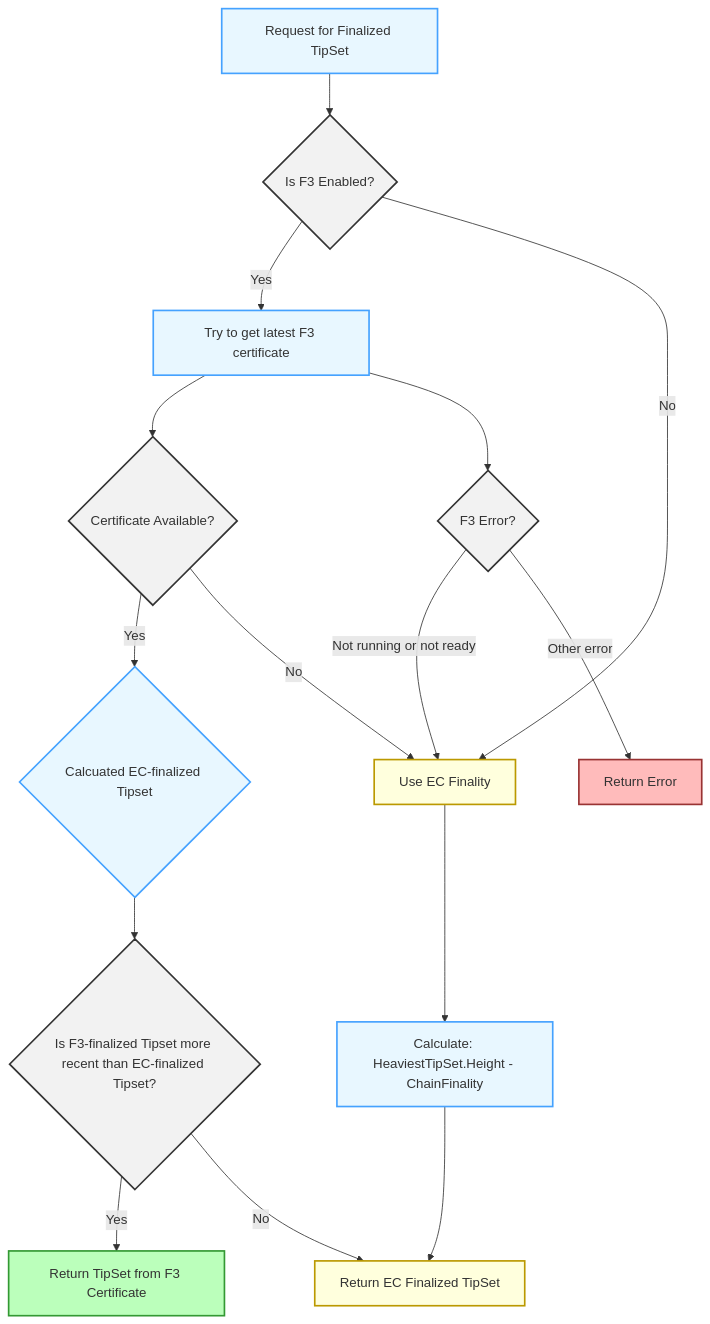
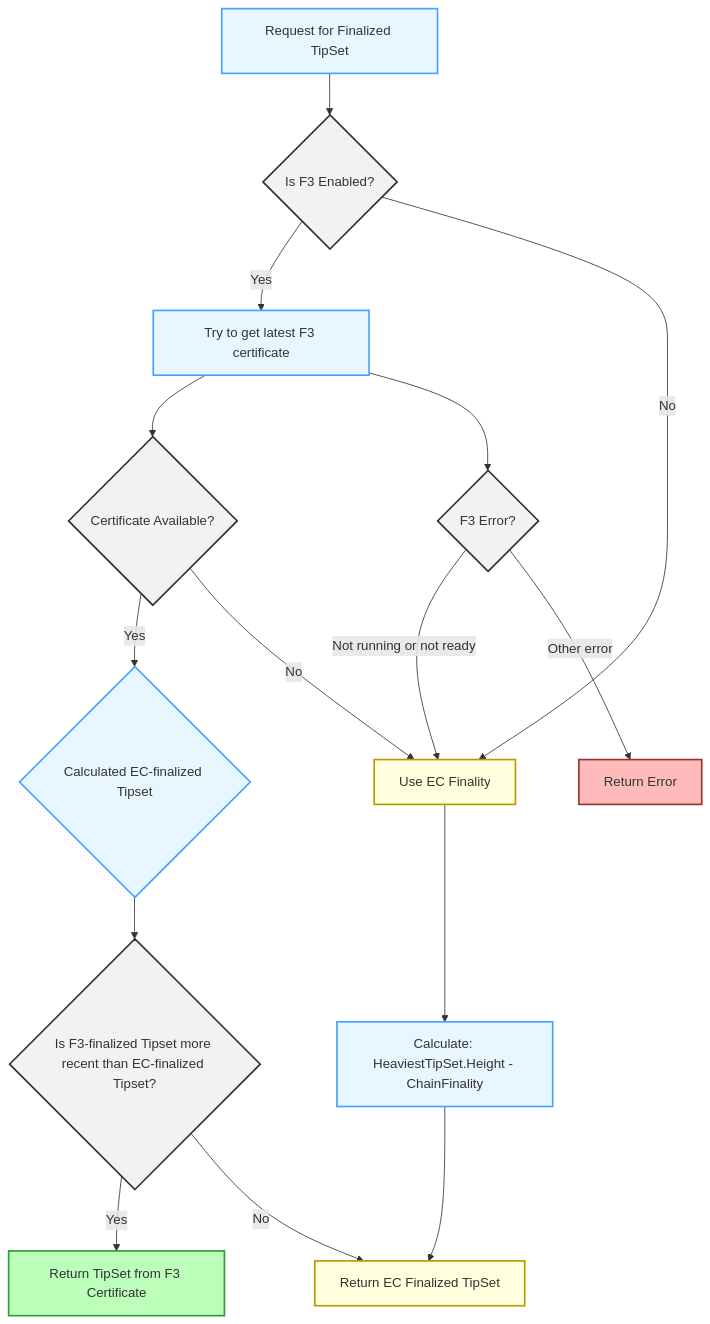
One commit to filecoin-project/lotus changed the diagram in documentation/en/api-experimental-user-facing-v2-docs/api-v2-experimental.md. Above: the diagram before and after it, drawn with Mermaid.

````diff
--- a/documentation/en/api-experimental-user-facing-v2-docs/api-v2-experimental.md
+++ b/documentation/en/api-experimental-user-facing-v2-docs/api-v2-experimental.md
@@ -498,33 +498,33 @@
 ```mermaid
 flowchart TD
     A[Request for Finalized TipSet] --> B{Is F3 Enabled?}
     B -->|Yes| C[Try to get latest F3 certificate]
     B -->|No| H[Use EC Finality]
 
     C --> D{Certificate Available?}
-    D -->|Yes| K{Calcuated EC-finalized Tipset}
+    D -->|Yes| K{Calculated EC-finalized Tipset}
     K --> L{Is F3-finalized Tipset more recent than EC-finalized Tipset?}
     L -->|Yes|E[Return TipSet from F3 Certificate]
     L -->|No|J
 
     D -->|No| H
 
     H --> I[Calculate: HeaviestTipSet.Height - ChainFinality]
     I --> J[Return EC Finalized TipSet]
 
     C --> F{F3 Error?}
     F -->|Not running or not ready| H
     F -->|Other error| G[Return Error]
 
     classDef success fill:#bfb,stroke:#393,stroke-width:2px;
     classDef fallback fill:#ffd,stroke:#b90,stroke-width:2px;
     classDef error fill:#fbb,stroke:#933,stroke-width:2px;
     classDef process fill:#e8f7ff,stroke:#45a2ff,stroke-width:2px;
     classDef decision fill:#f2f2f2,stroke:#333,stroke-width:2px;
 
     class E success;
     class H,J fallback;
     class G error;
     class A,C,I,K process;
     class B,D,F,L decision;
 ```
````
